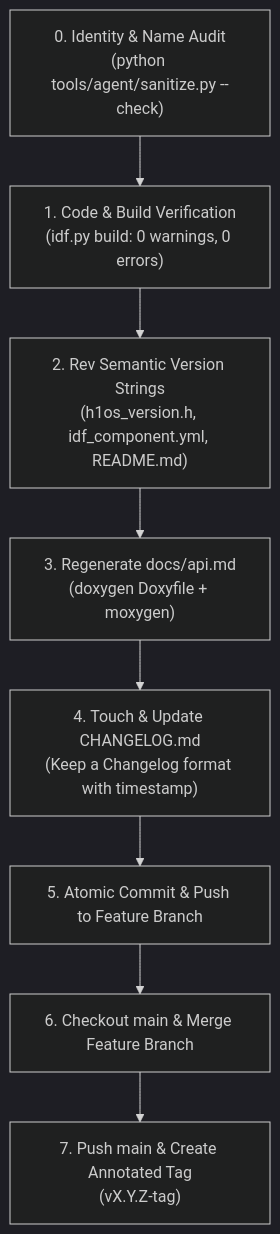
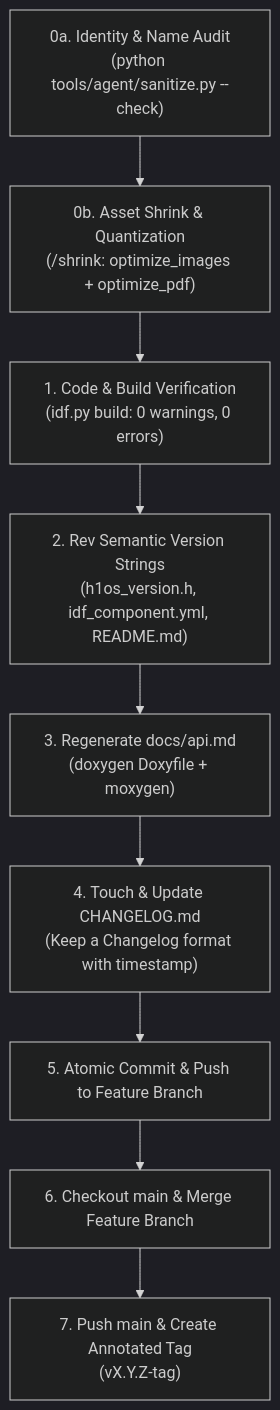
One commit to Humidyne-Labs/H1OS changed the diagram in .agents/rules/main-merge.md. Above: the diagram before and after it, drawn with Mermaid (dark theme). The commit also changed other lines of this file and 3 other files, not shown here.

Commit message:
feat(agent): add /shrink rule, skill, and mandatory pre-merge asset optimization gate

````diff
--- a/.agents/rules/main-merge.md
+++ b/.agents/rules/main-merge.md
@@ -13,10 +13,11 @@
 ```mermaid
 flowchart TD
-    A0["0. Identity & Name Audit\n(python tools/agent/sanitize.py --check)"] --> A["1. Code & Build Verification\n(idf.py build: 0 warnings, 0 errors)"]
+    A0["0a. Identity & Name Audit\n(python tools/agent/sanitize.py --check)"] --> A0b["0b. Asset Shrink & Quantization\n(/shrink: optimize_images + optimize_pdf)"]
+    A0b --> A["1. Code & Build Verification\n(idf.py build: 0 warnings, 0 errors)"]
     A["1. Code & Build Verification\n(idf.py build: 0 warnings, 0 errors)"] --> B["2. Rev Semantic Version Strings\n(h1os_version.h, idf_component.yml, README.md)"]
     B --> C["3. Regenerate docs/api.md\n(doxygen Doxyfile + moxygen)"]
     C --> D["4. Touch & Update CHANGELOG.md\n(Keep a Changelog format with timestamp)"]
     D --> E["5. Atomic Commit & Push to Feature Branch"]
     E --> F["6. Checkout main & Merge Feature Branch"]
     F --> G["7. Push main & Create Annotated Tag\n(vX.Y.Z-tag)"]
 ```
````
